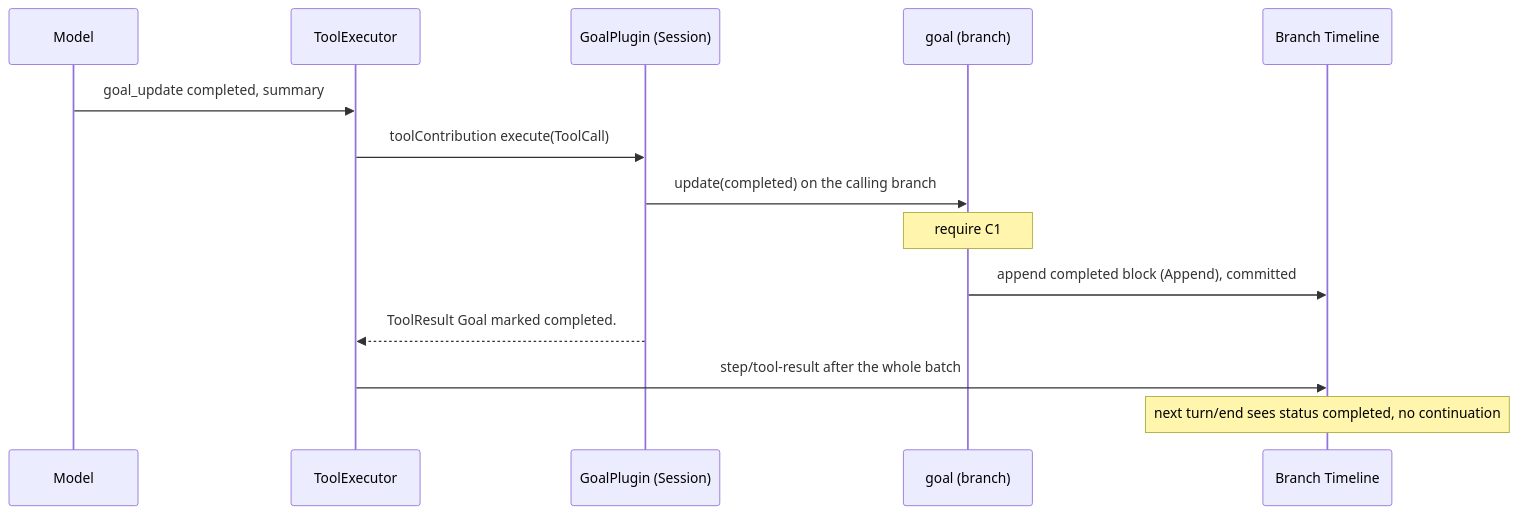
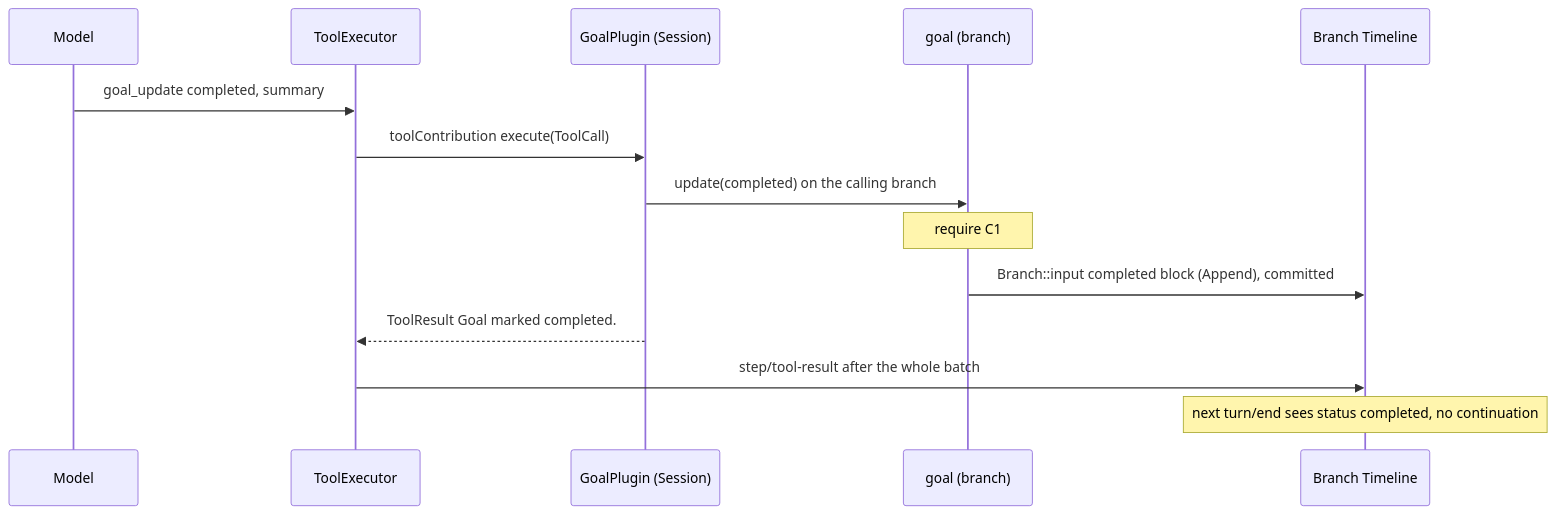
Before and after one commit to CoutinhoTTS/dim-agent: the fourth of 6 diagrams in docs/design/plugins/Goal.md, drawn with Mermaid. The commit also changed other lines of this file and 42 other files, not shown here.

````diff
--- a/docs/design/plugins/Goal.md
+++ b/docs/design/plugins/Goal.md
@@ -108,16 +108,16 @@
 ```mermaid
 sequenceDiagram
   participant Model
   participant TE as ToolExecutor
   participant GS as GoalPlugin (Session)
   participant G as goal (branch)
   participant TL as Branch Timeline
   Model->>TE: goal_update completed, summary
   TE->>GS: toolContribution execute(ToolCall)
   GS->>G: update(completed) on the calling branch
   Note over G: require C1
-  G->>TL: append completed block (Append), committed
+  G->>TL: Branch::input completed block (Append), committed
   GS-->>TE: ToolResult Goal marked completed.
   TE->>TL: step/tool-result after the whole batch
   Note over TL: next turn/end sees status completed, no continuation
 ```
````
